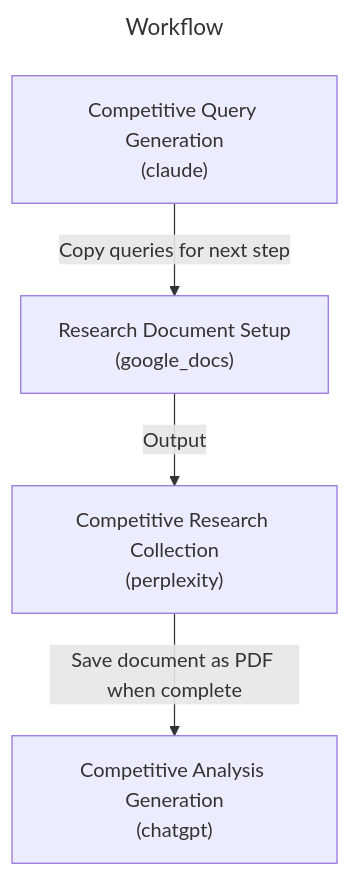
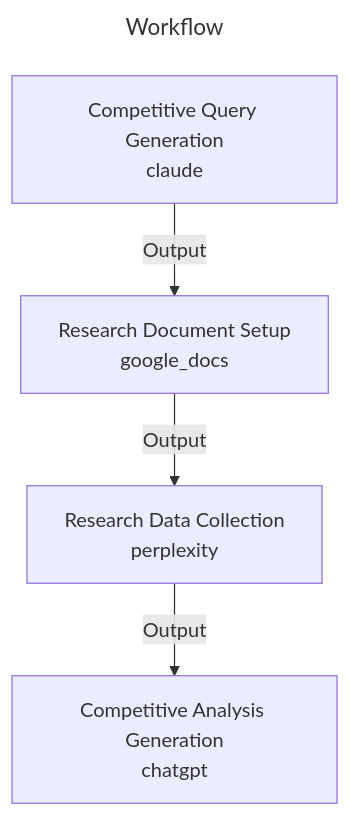
One commit to yaniv-golan/ai-recipes changed the diagram in recipes/yaniv-golan/competitive-intelligence/README.md. Above: the diagram before and after it, drawn with Mermaid. The commit also changed 6 other files, not shown here.

First line of the commit message:
fix: improve workflow diagram generation

````diff
--- a/recipes/yaniv-golan/competitive-intelligence/README.md
+++ b/recipes/yaniv-golan/competitive-intelligence/README.md
@@ -37,14 +37,14 @@
 ```mermaid
 ---
 title: Workflow
 ---
 graph TD
-    query_generation["Competitive Query Generation<br>(claude)"]
-    query_generation -->|Copy queries for next step| setup_document
-    setup_document["Research Document Setup<br>(google_docs)"]
+    query_generation["Competitive Query Generation<br/>claude"]
+    query_generation -->|Output| setup_document
+    setup_document["Research Document Setup<br/>google_docs"]
     setup_document -->|Output| research_execution
-    research_execution["Competitive Research Collection<br>(perplexity)"]
-    research_execution -->|Save document as PDF when complete| competitive_assessment
-    competitive_assessment["Competitive Analysis Generation<br>(chatgpt)"]
+    research_execution["Research Data Collection<br/>perplexity"]
+    research_execution -->|Output| competitive_assessment
+    competitive_assessment["Competitive Analysis Generation<br/>chatgpt"]
 
 ```
````
